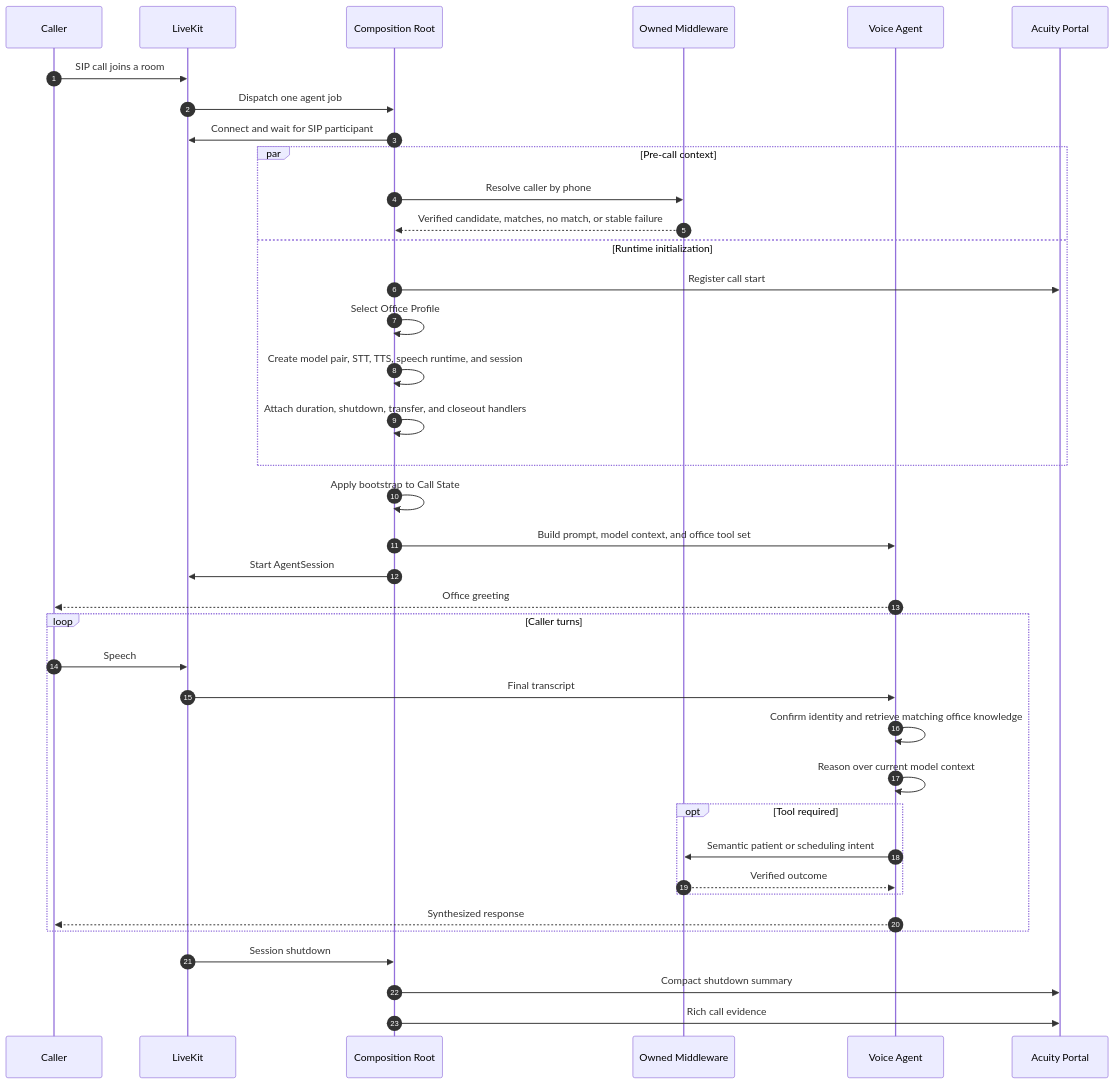
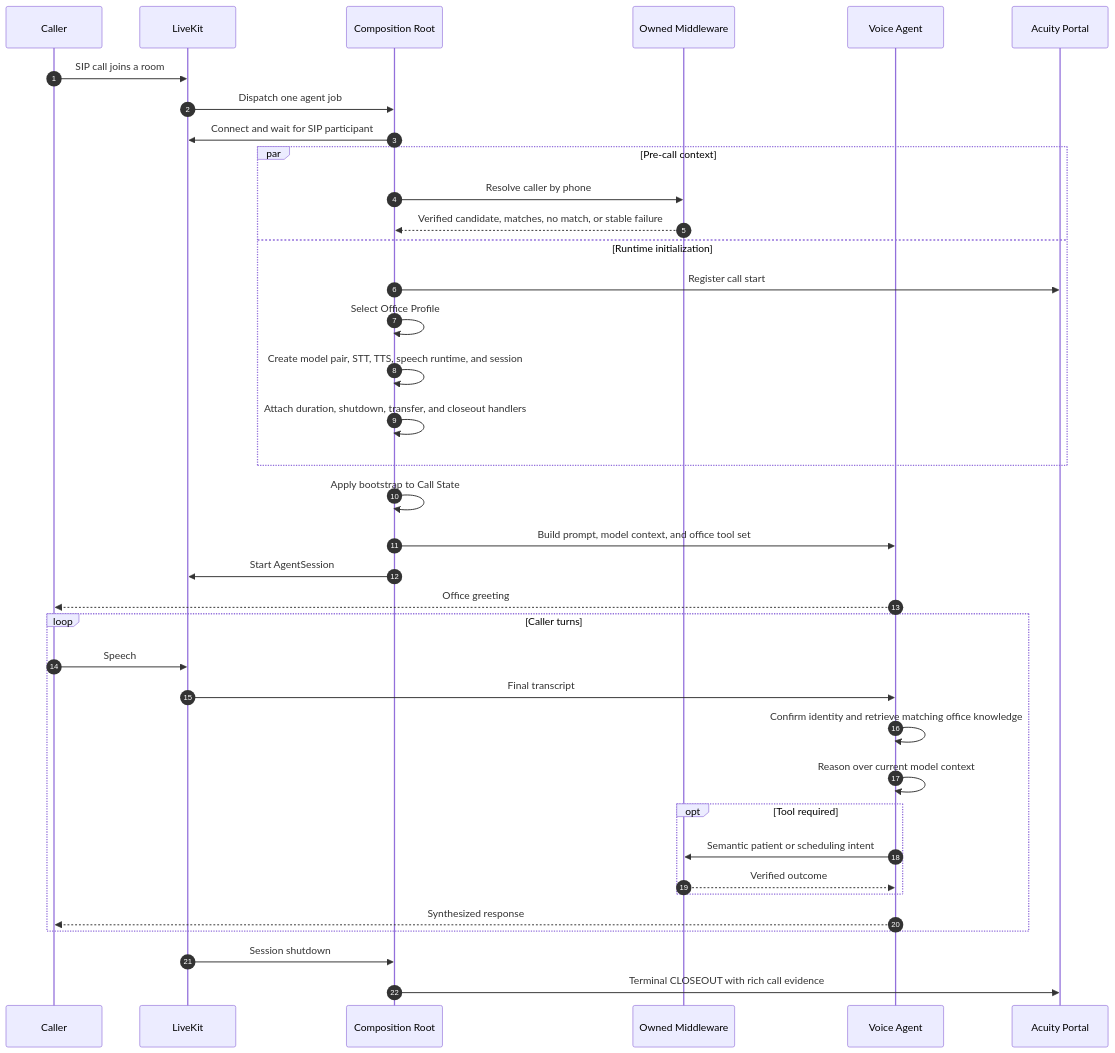
One commit to chasef07/abita_agent changed the third of 8 diagrams in README.md. Above: the diagram before and after it, drawn with Mermaid. The commit also changed other lines of this file and 3 other files, not shown here.

First line of the commit message:
fix(closeout): stabilize Product call lifecycle (#386)

````diff
--- a/README.md
+++ b/README.md
@@ -152,45 +152,44 @@
 ```mermaid
 sequenceDiagram
     autonumber
     participant C as Caller
     participant L as LiveKit
     participant R as Composition Root
     participant M as Owned Middleware
     participant A as Voice Agent
     participant P as Acuity Portal
 
     C->>L: SIP call joins a room
     L->>R: Dispatch one agent job
     R->>L: Connect and wait for SIP participant
 
     par Pre-call context
         R->>M: Resolve caller by phone
         M-->>R: Verified candidate, matches, no match, or stable failure
     and Runtime initialization
         R->>P: Register call start
         R->>R: Select Office Profile
         R->>R: Create model pair, STT, TTS, speech runtime, and session
         R->>R: Attach duration, shutdown, transfer, and closeout handlers
     end
 
     R->>R: Apply bootstrap to Call State
     R->>A: Build prompt, model context, and office tool set
     R->>L: Start AgentSession
     A-->>C: Office greeting
 
     loop Caller turns
         C->>L: Speech
         L->>A: Final transcript
         A->>A: Confirm identity and retrieve matching office knowledge
         A->>A: Reason over current model context
         opt Tool required
             A->>M: Semantic patient or scheduling intent
             M-->>A: Verified outcome
         end
         A-->>C: Synthesized response
     end
 
     L->>R: Session shutdown
-    R->>P: Compact shutdown summary
-    R->>P: Rich call evidence
+    R->>P: Terminal CLOSEOUT with rich call evidence
 ```
````
